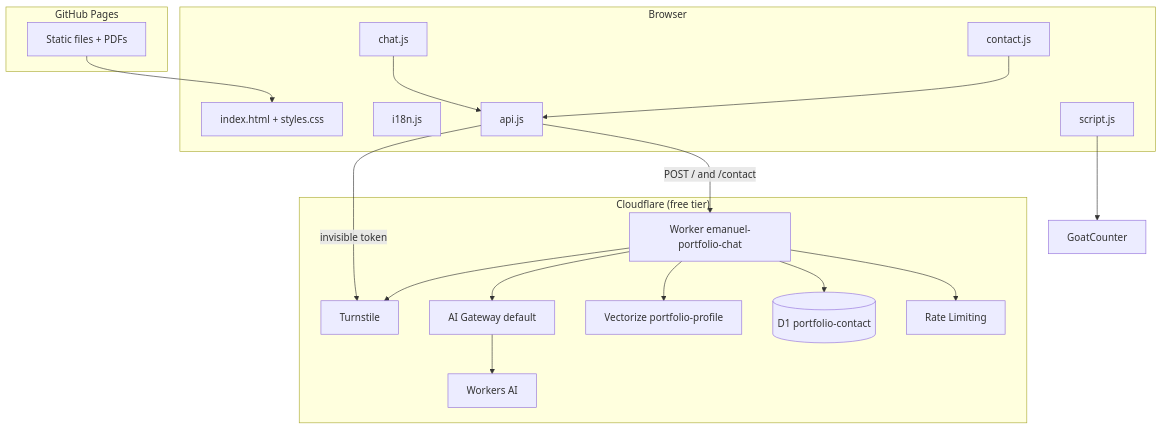
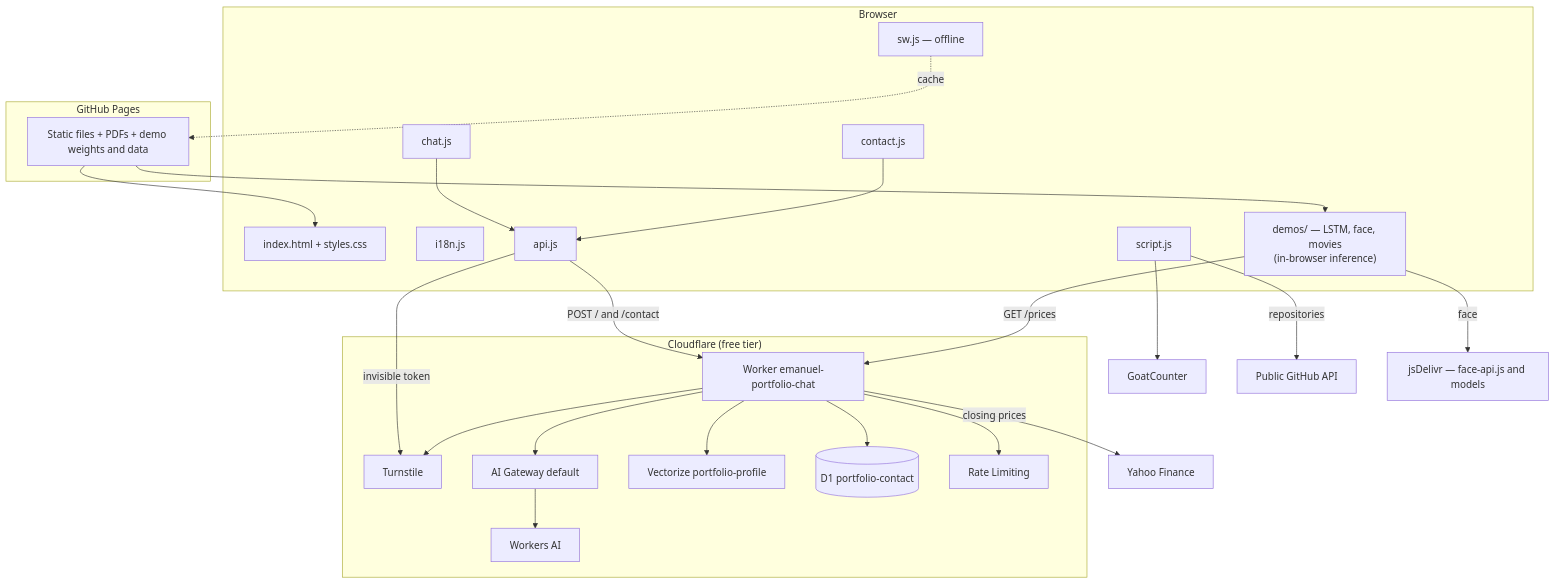
One commit to emanueleborges/emanueleborges.github.io changed the diagram in docs/sdd/en/plan.md. Above: the diagram before and after it, drawn with Mermaid. The commit also changed other lines of this file and 12 other files, not shown here.

First line of the commit message:
Docs: demos de IA, PWA, dados do GitHub e rota de preços na documentação

````diff
--- a/docs/sdd/en/plan.md
+++ b/docs/sdd/en/plan.md
@@ -11,36 +11,47 @@
 ```mermaid
 flowchart TB
   subgraph Browser
     HTML[index.html + styles.css]
     I18N[i18n.js]
     SCRIPT[script.js]
     API[api.js]
     CHAT[chat.js]
     CONTACT[contact.js]
+    SW[sw.js — offline]
+    DEMOS["demos/ — LSTM, face, movies<br/>(in-browser inference)"]
   end
   subgraph "GitHub Pages"
-    STATIC[Static files + PDFs]
+    STATIC[Static files + PDFs + demo weights and data]
   end
   subgraph "Cloudflare (free tier)"
     WORKER[Worker emanuel-portfolio-chat]
     TURN[Turnstile]
     GATE[AI Gateway default]
     WAI[Workers AI]
     VEC[Vectorize portfolio-profile]
     DB[(D1 portfolio-contact)]
     RL[Rate Limiting]
   end
   GOAT[GoatCounter]
+  GH[Public GitHub API]
+  YF[Yahoo Finance]
+  CDN[jsDelivr — face-api.js and models]
 
   STATIC --> HTML
+  STATIC --> DEMOS
+  SW -. cache .-> STATIC
   CHAT --> API
   CONTACT --> API
   API -->|POST / and /contact| WORKER
   API -->|invisible token| TURN
   WORKER --> TURN
   WORKER --> RL
   WORKER --> GATE --> WAI
   WORKER --> VEC
   WORKER --> DB
   SCRIPT --> GOAT
+  SCRIPT -->|repositories| GH
+  DEMOS -->|GET /prices| WORKER
+  WORKER -->|closing prices| YF
+  DEMOS -->|face| CDN
 ```
````
